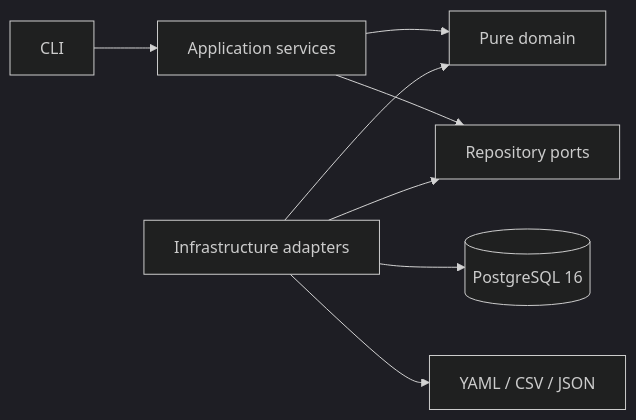
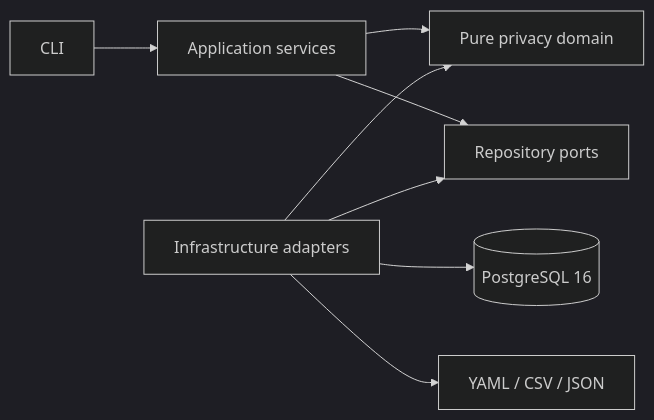
One commit to samueldvi/relational-data-privacy-governance changed the diagram in README.md. Above: the diagram before and after it, drawn with Mermaid (dark theme). The commit also changed other lines of this file and 13 other files, not shown here.

````diff
--- a/README.md
+++ b/README.md
@@ -31,10 +41,10 @@
 ```mermaid
 flowchart LR
-    CLI["CLI"] --> APP["Application services"]
-    APP --> DOMAIN["Pure domain"]
-    APP --> PORTS["Repository ports"]
-    INFRA["Infrastructure adapters"] --> PORTS
+    CLI[CLI] --> APP[Application services]
+    APP --> DOMAIN[Pure privacy domain]
+    APP --> PORTS[Repository ports]
+    INFRA[Infrastructure adapters] --> PORTS
     INFRA --> DOMAIN
-    INFRA --> PG[("PostgreSQL 16")]
-    INFRA --> FILES["YAML / CSV / JSON"]
+    INFRA --> PG[(PostgreSQL 16)]
+    INFRA --> FILES[YAML / CSV / JSON]
 ```
````
